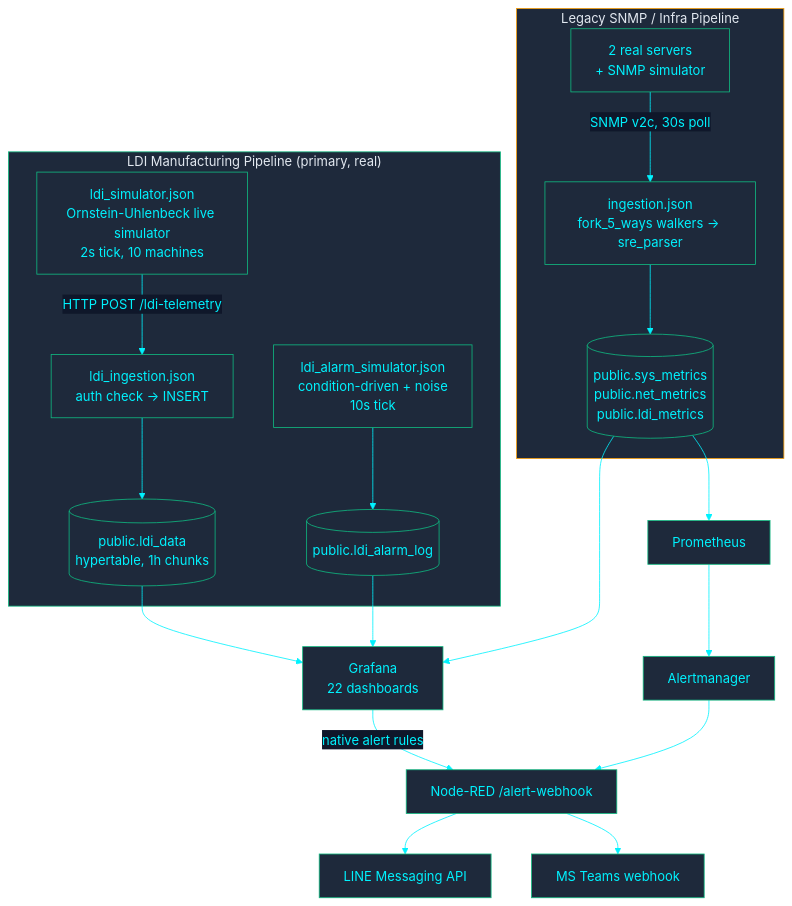
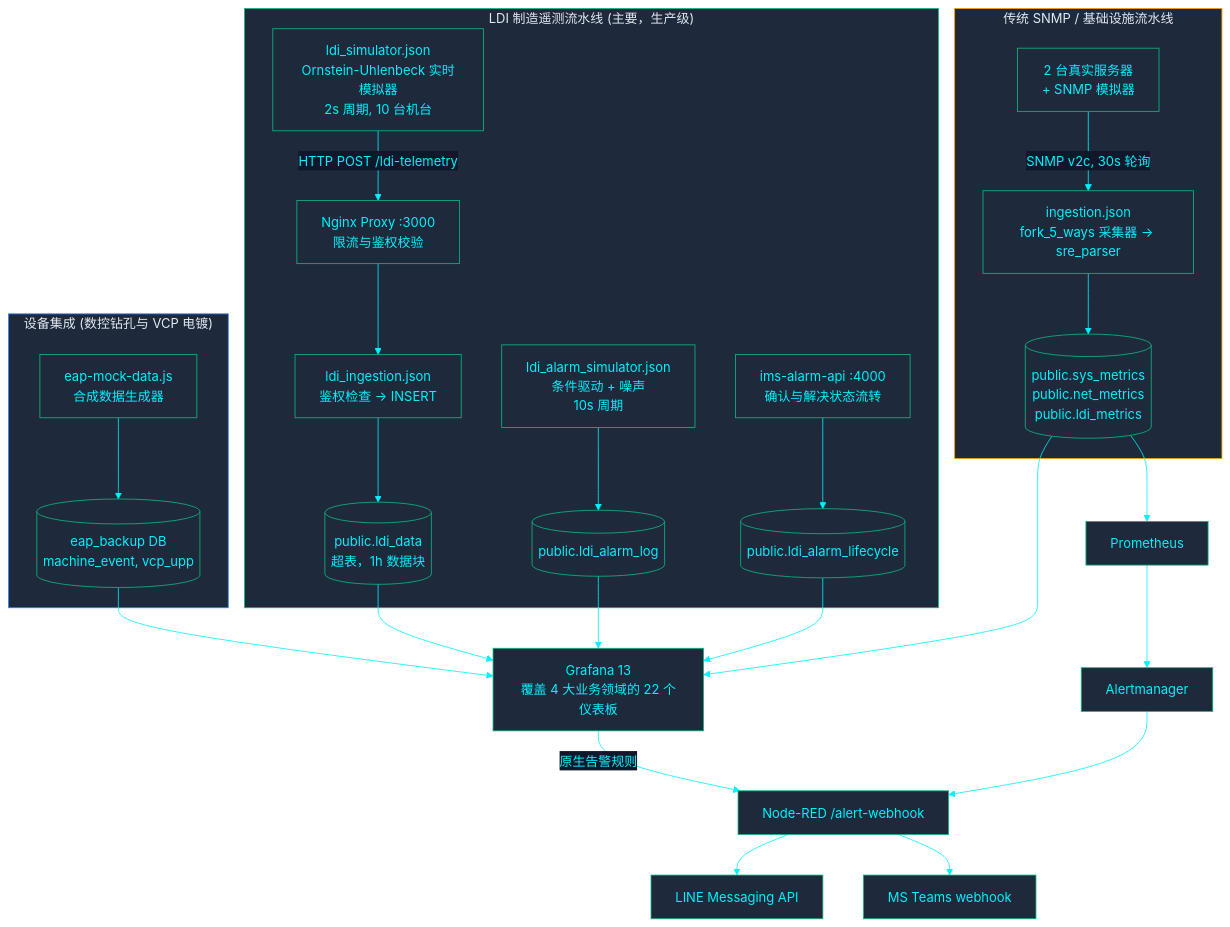
The diagram in zh-CN/docs/architecture/ARCHITECTURE.md (PATTANAKORN025/IMS), drawn with Mermaid before and after one commit. The commit also changed other lines of this file and 6 other files, not shown here.

Commit message:
docs(architecture): expand visual Mermaid C4 models, sequence flows, and 22-dashboard ecosystem across en/th/zh-CN

````diff
--- a/zh-CN/docs/architecture/ARCHITECTURE.md
+++ b/zh-CN/docs/architecture/ARCHITECTURE.md
@@ -28,26 +28,35 @@
 ```mermaid
 %%{init: {'theme': 'base', 'themeVariables': { 'primaryColor': '#1e293b', 'primaryTextColor': '#00F2FE', 'primaryBorderColor': '#10B981', 'lineColor': '#00F2FE', 'secondaryColor': '#0f172a', 'tertiaryColor': '#0f172a', 'clusterBkg': '#030407', 'clusterBorder': '#00F2FE'}}}%%
 flowchart TB
- subgraph LDI ["LDI Manufacturing Pipeline (primary, real)"]
-  SIM["ldi_simulator.json\nOrnstein-Uhlenbeck live simulator\n2s tick, 10 machines"] -->|"HTTP POST /ldi-telemetry"| ING["ldi_ingestion.json\nauth check -> INSERT"]
-  ING --> LDIDATA[("public.ldi_data\nhypertable, 1h chunks")]
-  ALMSIM["ldi_alarm_simulator.json\ncondition-driven + noise\n10s tick"] --> ALARMLOG[("public.ldi_alarm_log")]
+ subgraph LDI ["LDI 制造遥测流水线 (主要，生产级)"]
+  SIM["ldi_simulator.json\nOrnstein-Uhlenbeck 实时模拟器\n2s 周期, 10 台机台"] -->|"HTTP POST /ldi-telemetry"| PROXY["Nginx Proxy :3000\n限流与鉴权校验"]
+  PROXY --> ING["ldi_ingestion.json\n鉴权检查 -> INSERT"]
+  ING --> LDIDATA[("public.ldi_data\n超表，1h 数据块")]
+  ALMSIM["ldi_alarm_simulator.json\n条件驱动 + 噪声\n10s 周期"] --> ALARMLOG[("public.ldi_alarm_log")]
+  ALARMAPI["ims-alarm-api :4000\n确认与解决状态流转"] --> ALARMLC[("public.ldi_alarm_lifecycle")]
  end
 
- subgraph LEGACY ["Legacy SNMP / Infra Pipeline"]
-  DEV["2 real servers\n+ SNMP simulator"] -->|"SNMP v2c, 30s poll"| NR["ingestion.json\nfork_5_ways walkers -> sre_parser"]
+ subgraph LEGACY ["传统 SNMP / 基础设施流水线"]
+  DEV["2 台真实服务器\n+ SNMP 模拟器"] -->|"SNMP v2c, 30s 轮询"| NR["ingestion.json\nfork_5_ways 采集器 -> sre_parser"]
   NR --> SYSMETRICS[("public.sys_metrics\npublic.net_metrics\npublic.ldi_metrics")]
  end
 
- LDIDATA --> GRAFANA["Grafana\n22 dashboards"]
+ subgraph EAP ["设备集成 (数控钻孔与 VCP 电镀)"]
+  MOCK["eap-mock-data.js\n合成数据生成器"] --> EAPDB[("eap_backup DB\nmachine_event, vcp_upp")]
+ end
+
+ LDIDATA --> GRAFANA["Grafana 13\n覆盖 4 大业务领域的 22 个仪表板"]
  ALARMLOG --> GRAFANA
+ ALARMLC --> GRAFANA
  SYSMETRICS --> GRAFANA
+ EAPDB --> GRAFANA
  SYSMETRICS --> PROM["Prometheus"]
- GRAFANA -->|"native alert rules"| NRWEBHOOK["Node-RED /alert-webhook"]
+ GRAFANA -->|"原生告警规则"| NRWEBHOOK["Node-RED /alert-webhook"]
  PROM --> AM["Alertmanager"] --> NRWEBHOOK
  NRWEBHOOK --> LINE["LINE Messaging API"]
  NRWEBHOOK --> TEAMS["MS Teams webhook"]
 
  style LDI fill:#1e293b,stroke:#10B981,color:#e2e8f0
  style LEGACY fill:#1e293b,stroke:#F59E0B,color:#e2e8f0
+ style EAP fill:#1e293b,stroke:#3B82F6,color:#e2e8f0
 ```
````
